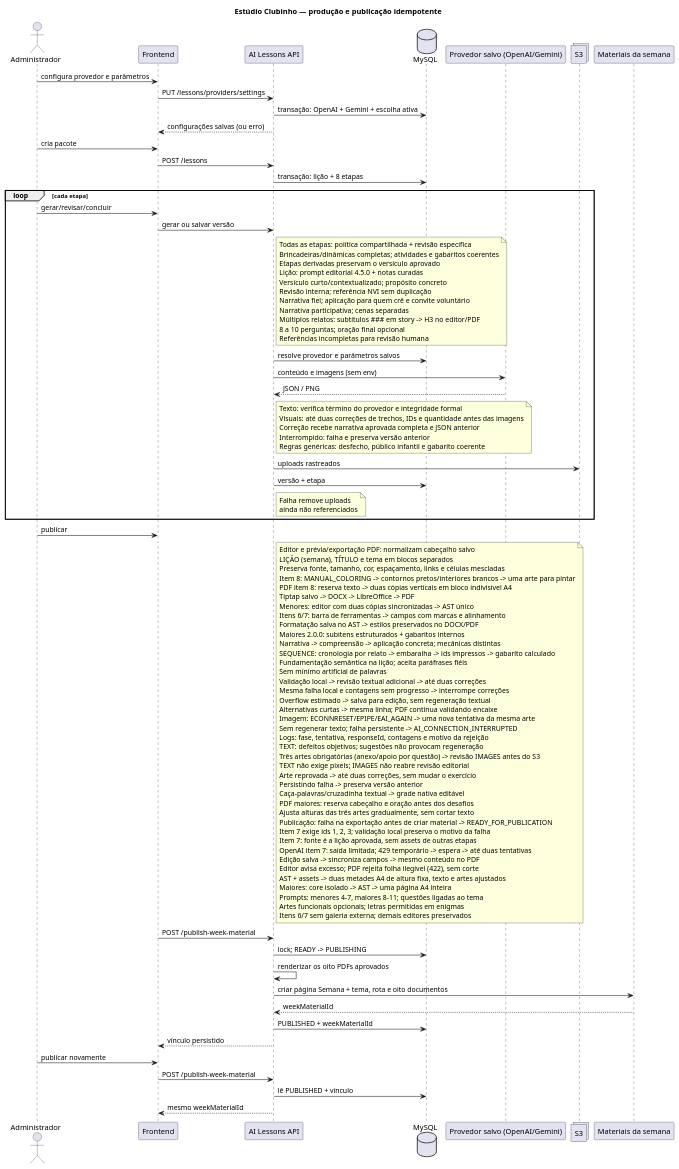
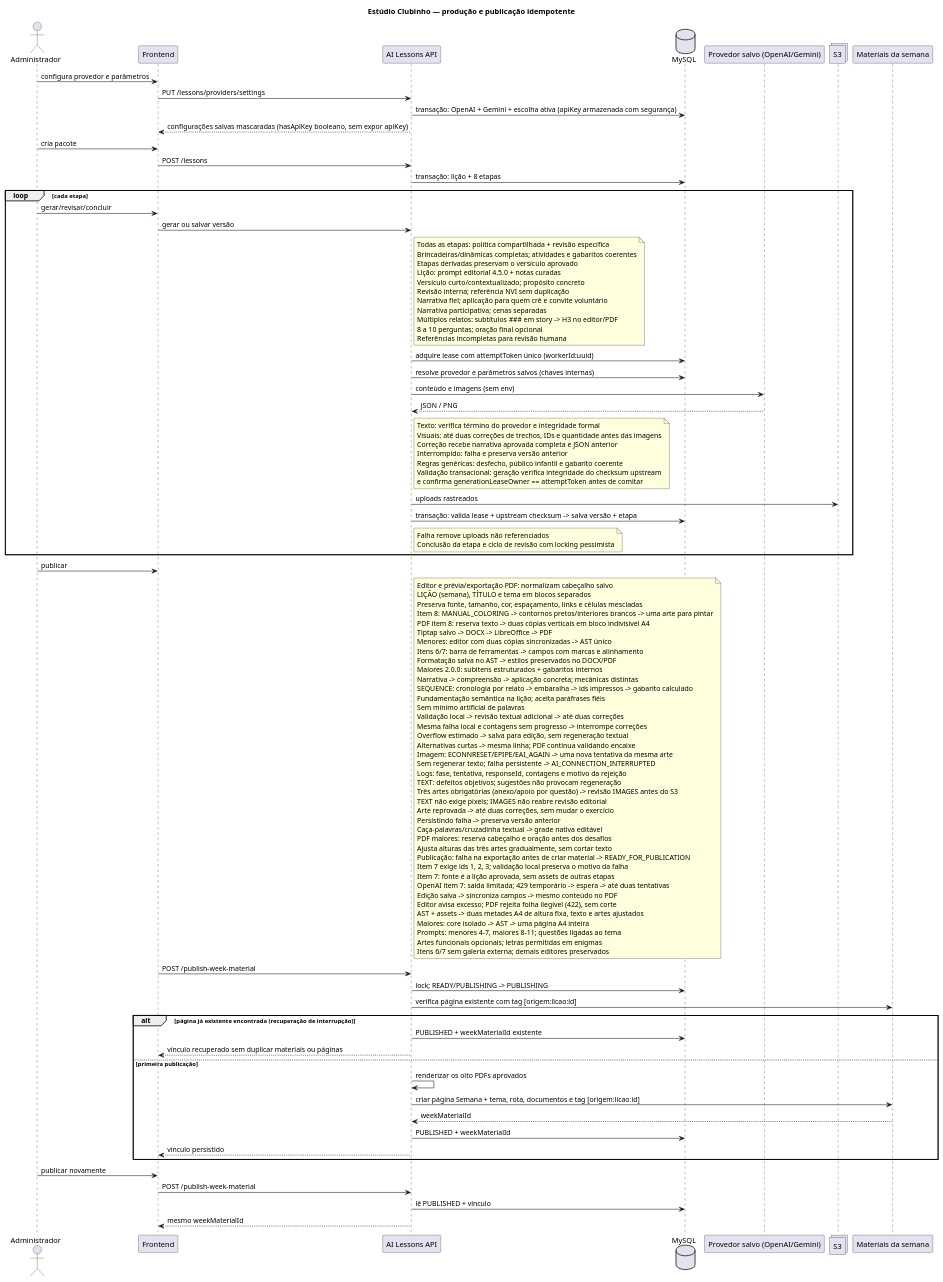
Before and after one commit to ministerioclubinhos/clubinhonib-api: the diagram in docs/diagrams/flow/ai-lessons/ai-lessons-flow.puml, drawn with PlantUML. The commit also changed 28 other files, not shown here.

```diff
--- a/docs/diagrams/flow/ai-lessons/ai-lessons-flow.puml
+++ b/docs/diagrams/flow/ai-lessons/ai-lessons-flow.puml
@@ -1,109 +1,118 @@
 @startuml
 title Estúdio Clubinho — produção e publicação idempotente
 actor Administrador
 participant Frontend
 participant "AI Lessons API" as API
 database MySQL
 participant "Provedor salvo (OpenAI/Gemini)" as OpenAI
 collections S3
 participant "Materiais da semana" as Week
 
 Administrador -> Frontend: configura provedor e parâmetros
 Frontend -> API: PUT /lessons/providers/settings
-API -> MySQL: transação: OpenAI + Gemini + escolha ativa
-API --> Frontend: configurações salvas (ou erro)
+API -> MySQL: transação: OpenAI + Gemini + escolha ativa (apiKey armazenada com segurança)
+API --> Frontend: configurações salvas mascaradas (hasApiKey booleano, sem expor apiKey)
 
 Administrador -> Frontend: cria pacote
 Frontend -> API: POST /lessons
 API -> MySQL: transação: lição + 8 etapas
 
 loop cada etapa
   Administrador -> Frontend: gerar/revisar/concluir
   Frontend -> API: gerar ou salvar versão
   note right of API
     Todas as etapas: política compartilhada + revisão específica
     Brincadeiras/dinâmicas completas; atividades e gabaritos coerentes
     Etapas derivadas preservam o versículo aprovado
     Lição: prompt editorial 4.5.0 + notas curadas
     Versículo curto/contextualizado; propósito concreto
     Revisão interna; referência NVI sem duplicação
     Narrativa fiel; aplicação para quem crê e convite voluntário
     Narrativa participativa; cenas separadas
     Múltiplos relatos: subtítulos ### em story -> H3 no editor/PDF
     8 a 10 perguntas; oração final opcional
     Referências incompletas para revisão humana
   end note
-  API -> MySQL: resolve provedor e parâmetros salvos
+  API -> MySQL: adquire lease com attemptToken único (workerId:uuid)
+  API -> MySQL: resolve provedor e parâmetros salvos (chaves internas)
   API -> OpenAI: conteúdo e imagens (sem env)
   OpenAI --> API: JSON / PNG
   note right of API
     Texto: verifica término do provedor e integridade formal
     Visuais: até duas correções de trechos, IDs e quantidade antes das imagens
     Correção recebe narrativa aprovada completa e JSON anterior
     Interrompido: falha e preserva versão anterior
     Regras genéricas: desfecho, público infantil e gabarito coerente
+    Validação transacional: geração verifica integridade do checksum upstream
+    e confirma generationLeaseOwner == attemptToken antes de comitar
   end note
   API -> S3: uploads rastreados
-  API -> MySQL: versão + etapa
+  API -> MySQL: transação: valida lease + upstream checksum -> salva versão + etapa
   note right of API
-    Falha remove uploads
-    ainda não referenciados
+    Falha remove uploads não referenciados
+    Conclusão da etapa e ciclo de revisão com locking pessimista
   end note
 end
 
 Administrador -> Frontend: publicar
 note right of API
   Editor e prévia/exportação PDF: normalizam cabeçalho salvo
   LIÇÃO (semana), TÍTULO e tema em blocos separados
   Preserva fonte, tamanho, cor, espaçamento, links e células mescladas
   Item 8: MANUAL_COLORING -> contornos pretos/interiores brancos -> uma arte para pintar
   PDF item 8: reserva texto -> duas cópias verticais em bloco indivisível A4
   Tiptap salvo -> DOCX -> LibreOffice -> PDF
   Menores: editor com duas cópias sincronizadas -> AST único
   Itens 6/7: barra de ferramentas -> campos com marcas e alinhamento
   Formatação salva no AST -> estilos preservados no DOCX/PDF
   Maiores 2.0.0: subitens estruturados + gabaritos internos
   Narrativa -> compreensão -> aplicação concreta; mecânicas distintas
   SEQUENCE: cronologia por relato -> embaralha -> ids impressos -> gabarito calculado
   Fundamentação semântica na lição; aceita paráfrases fiéis
   Sem mínimo artificial de palavras
   Validação local -> revisão textual adicional -> até duas correções
   Mesma falha local e contagens sem progresso -> interrompe correções
   Overflow estimado -> salva para edição, sem regeneração textual
   Alternativas curtas -> mesma linha; PDF continua validando encaixe
   Imagem: ECONNRESET/EPIPE/EAI_AGAIN -> uma nova tentativa da mesma arte
   Sem regenerar texto; falha persistente -> AI_CONNECTION_INTERRUPTED
   Logs: fase, tentativa, responseId, contagens e motivo da rejeição
   TEXT: defeitos objetivos; sugestões não provocam regeneração
   Três artes obrigatórias (anexo/apoio por questão) -> revisão IMAGES antes do S3
   TEXT não exige pixels; IMAGES não reabre revisão editorial
   Arte reprovada -> até duas correções, sem mudar o exercício
   Persistindo falha -> preserva versão anterior
   Caça-palavras/cruzadinha textual -> grade nativa editável
   PDF maiores: reserva cabeçalho e oração antes dos desafios
   Ajusta alturas das três artes gradualmente, sem cortar texto
   Publicação: falha na exportação antes de criar material -> READY_FOR_PUBLICATION
   Item 7 exige ids 1, 2, 3; validação local preserva o motivo da falha
   Item 7: fonte é a lição aprovada, sem assets de outras etapas
   OpenAI item 7: saída limitada; 429 temporário -> espera -> até duas tentativas
   Edição salva -> sincroniza campos -> mesmo conteúdo no PDF
   Editor avisa excesso; PDF rejeita folha ilegível (422), sem corte
   AST + assets -> duas metades A4 de altura fixa, texto e artes ajustados
   Maiores: core isolado -> AST -> uma página A4 inteira
   Prompts: menores 4-7, maiores 8-11; questões ligadas ao tema
   Artes funcionais opcionais; letras permitidas em enigmas
   Itens 6/7 sem galeria externa; demais editores preservados
 end note
 Frontend -> API: POST /publish-week-material
-API -> MySQL: lock; READY -> PUBLISHING
-API -> API: renderizar os oito PDFs aprovados
-API -> Week: criar página Semana + tema, rota e oito documentos
-Week --> API: weekMaterialId
-API -> MySQL: PUBLISHED + weekMaterialId
-API --> Frontend: vínculo persistido
+API -> MySQL: lock; READY/PUBLISHING -> PUBLISHING
+API -> Week: verifica página existente com tag [origem:licao:id]
+alt página já existente encontrada (recuperação de interrupção)
+  API -> MySQL: PUBLISHED + weekMaterialId existente
+  API --> Frontend: vínculo recuperado sem duplicar materiais ou páginas
+else primeira publicação
+  API -> API: renderizar os oito PDFs aprovados
+  API -> Week: criar página Semana + tema, rota, documentos e tag [origem:licao:id]
+  Week --> API: weekMaterialId
+  API -> MySQL: PUBLISHED + weekMaterialId
+  API --> Frontend: vínculo persistido
+end
 
 Administrador -> Frontend: publicar novamente
 Frontend -> API: POST /publish-week-material
 API -> MySQL: lê PUBLISHED + vínculo
 API --> Frontend: mesmo weekMaterialId
 @enduml
```
